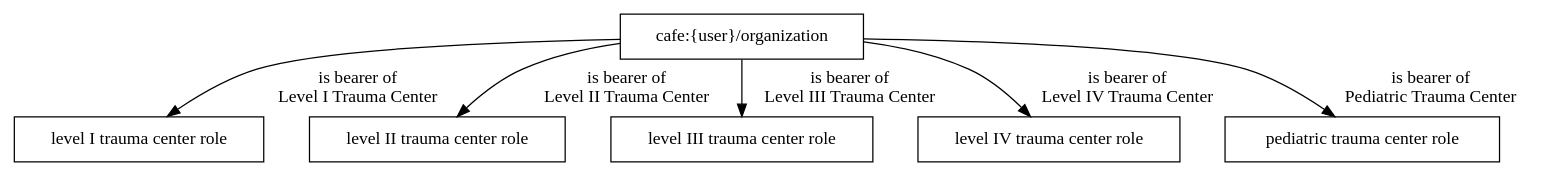
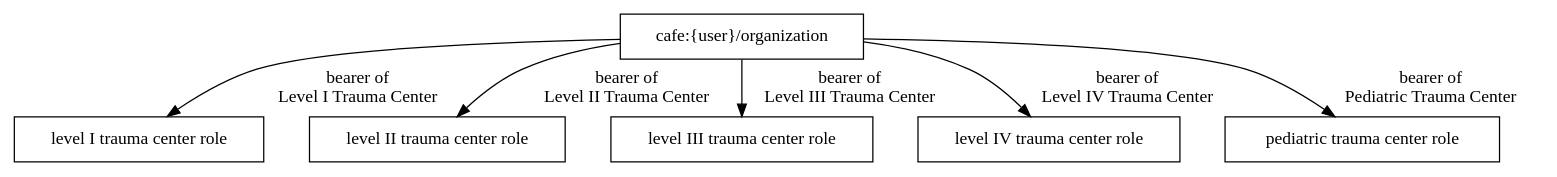
The diagram in cafe/graphs/124.dot (utecht/dideo-server), drawn with Graphviz before and after one commit. The commit also changed 15 other files, not shown here.

Commit message:
changed graphs and definitions

```diff
--- a/cafe/graphs/124.dot
+++ b/cafe/graphs/124.dot
@@ -1,13 +1,13 @@
 digraph g { node [shape=rectangle];
 graph [splines=true, nodesep=.5, ranksep=0, overlap=false];
-"cafe:{user}/organization" -> "level I trauma center role" [label="is bearer of
+"cafe:{user}/organization" -> "level I trauma center role" [label="bearer of
 Level I Trauma Center"]
-"cafe:{user}/organization" -> "level II trauma center role" [label="is bearer of
+"cafe:{user}/organization" -> "level II trauma center role" [label="bearer of
 Level II Trauma Center"]
-"cafe:{user}/organization" -> "level III trauma center role" [label="is bearer of
+"cafe:{user}/organization" -> "level III trauma center role" [label="bearer of
 Level III Trauma Center"]
-"cafe:{user}/organization" -> "level IV trauma center role" [label="is bearer of
+"cafe:{user}/organization" -> "level IV trauma center role" [label="bearer of
 Level IV Trauma Center"]
-"cafe:{user}/organization" -> "pediatric trauma center role" [label="is bearer of
+"cafe:{user}/organization" -> "pediatric trauma center role" [label="bearer of
 Pediatric Trauma Center"]
 }
```
